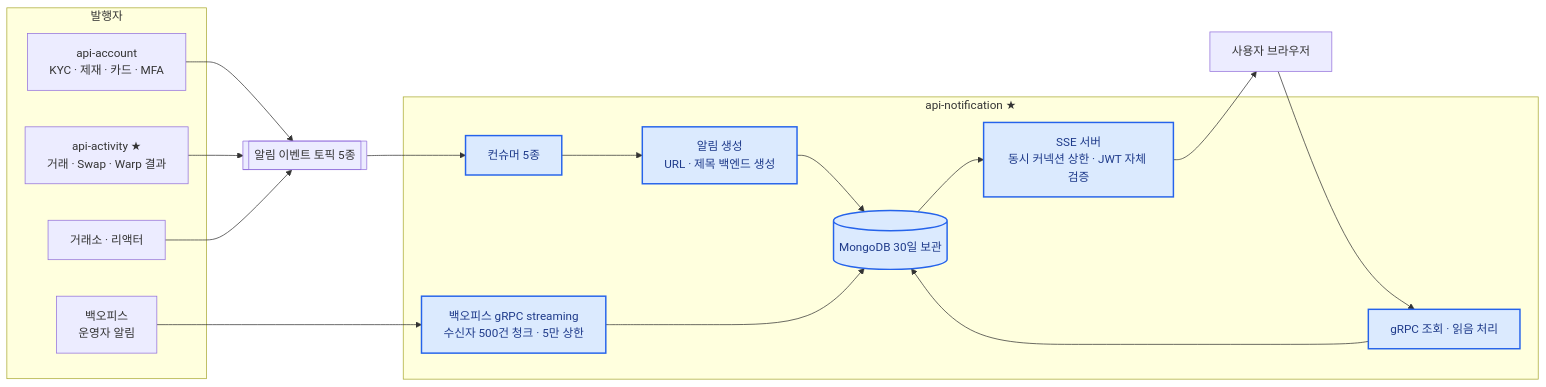
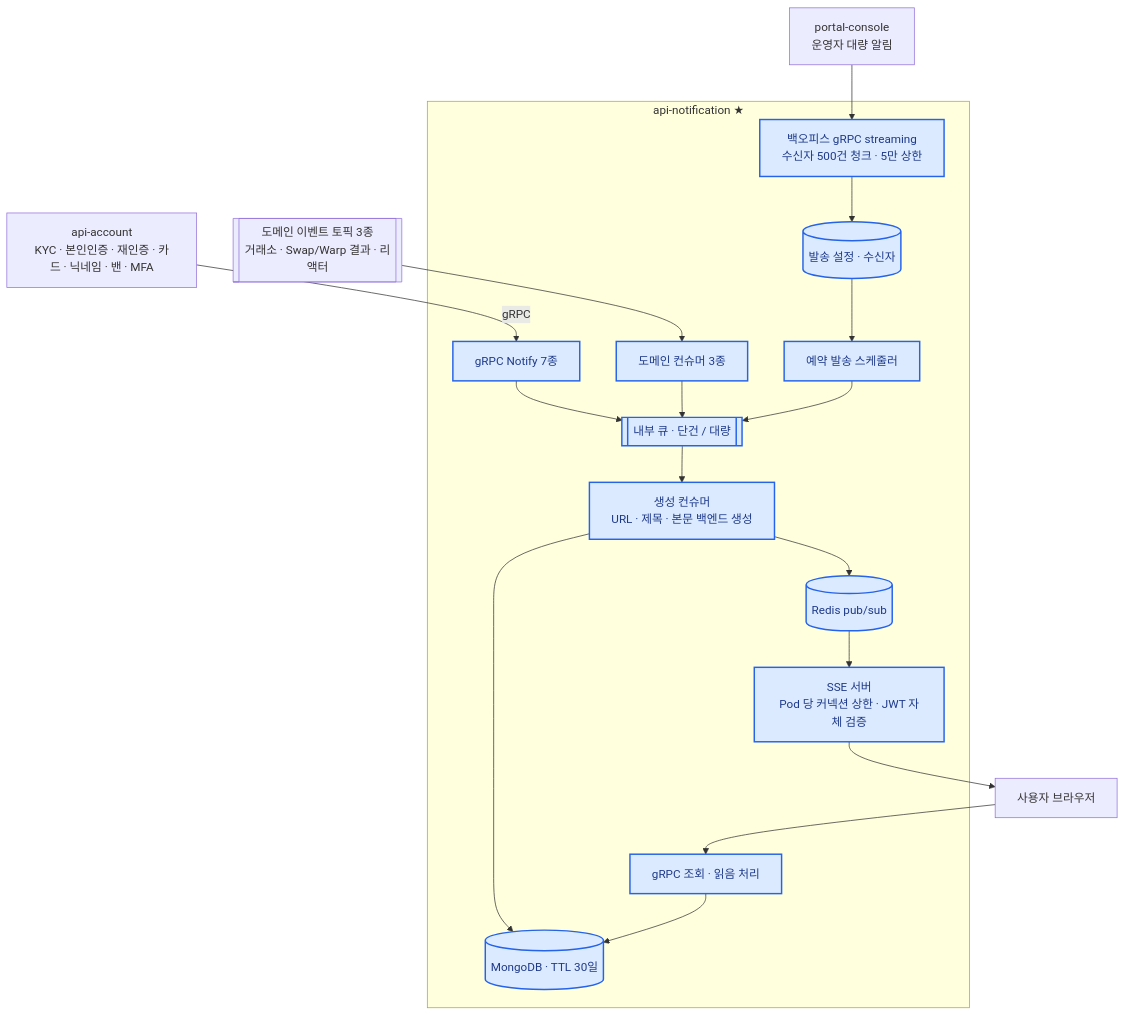
Before and after one commit to shalwxy/career: the diagram in content/diagrams/notification.mmd, drawn with Mermaid. The commit also changed 30 other files, not shown here.

```diff
--- a/content/diagrams/notification.mmd
+++ b/content/diagrams/notification.mmd
@@ -1,25 +1,28 @@
-%% title: 통합 알림 — SSE와 대량 수신자 스트리밍
+%% title: 통합 알림 — SSE 와 대량 수신자 스트리밍
 %% title_en: Unified notifications — SSE and bulk-recipient streaming
-flowchart LR
-    subgraph SRC[발행자]
-        AC[api-account<br/>KYC · 제재 · 카드 · MFA]
-        AT[api-activity ★<br/>거래 · Swap · Warp 결과]
-        EX[거래소 · 리액터]
-        BO[백오피스<br/>운영자 알림]
-    end
-    K[[알림 이벤트 토픽 5종]]
+flowchart TB
+    AC[api-account<br/>KYC · 본인인증 · 재인증 · 카드 · 닉네임 · 밴 · MFA]
+    K[[도메인 이벤트 토픽 3종<br/>거래소 · Swap/Warp 결과 · 리액터]]
+    CON[portal-console<br/>운영자 대량 알림]
     subgraph NT[api-notification ★]
-        C[컨슈머 5종]
-        S[알림 생성<br/>URL · 제목 백엔드 생성]
-        DB[(MongoDB 30일 보관)]
-        SSE[SSE 서버<br/>동시 커넥션 상한 · JWT 자체 검증]
+        G1[gRPC Notify 7종]
+        C[도메인 컨슈머 3종]
+        Q[[내부 큐 · 단건 / 대량]]
+        CR[생성 컨슈머<br/>URL · 제목 · 본문 백엔드 생성]
+        DB[(MongoDB · TTL 30일)]
+        PS[(Redis pub/sub)]
+        SSE[SSE 서버<br/>Pod 당 커넥션 상한 · JWT 자체 검증]
         G[gRPC 조회 · 읽음 처리]
         ST[백오피스 gRPC streaming<br/>수신자 500건 청크 · 5만 상한]
+        SCH[예약 발송 스케줄러]
+        RDB[(발송 설정 · 수신자)]
     end
     U[사용자 브라우저]
-    AC & AT & EX --> K --> C --> S --> DB
-    BO --> ST --> DB
-    DB --> SSE --> U
+    AC -- gRPC --> G1 --> Q
+    K --> C --> Q
+    Q --> CR --> DB
+    CR --> PS --> SSE --> U
     U --> G --> DB
+    CON --> ST --> RDB --> SCH --> Q
     classDef mine fill:#dbeafe,stroke:#2563eb,stroke-width:2px,color:#1e3a8a
-    class C,S,DB,SSE,G,ST mine
+    class G1,C,Q,CR,DB,PS,SSE,G,ST,SCH,RDB mine
```
